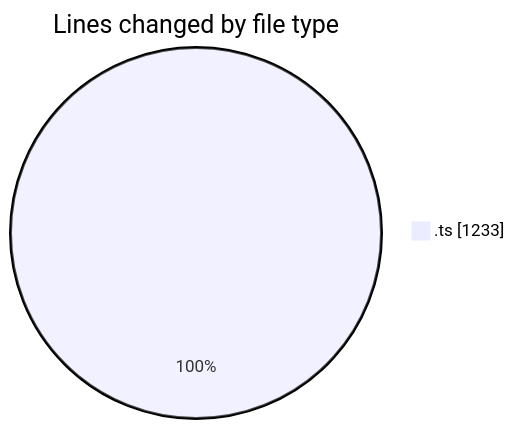
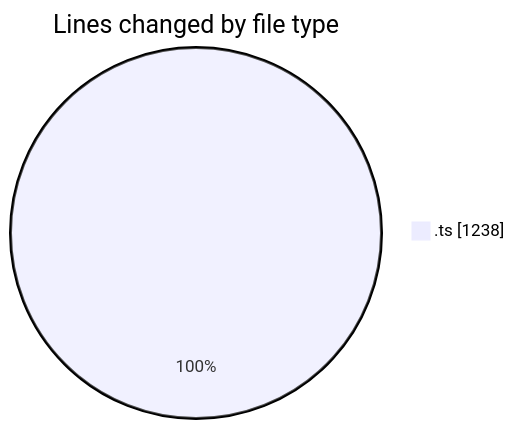
The first of 2 diagrams in 2025-06-24/cda/README.md (momahboobian/code-tracking), drawn with Mermaid before and after one commit. The commit also changed other lines of this file and 1 other file, not shown here.

````diff
--- a/2025-06-24/cda/README.md
+++ b/2025-06-24/cda/README.md
@@ -21,5 +21,5 @@
 ```mermaid
 pie showData
 title Lines changed by file type
-".ts" : 1233
+".ts" : 1238
 ```
````
